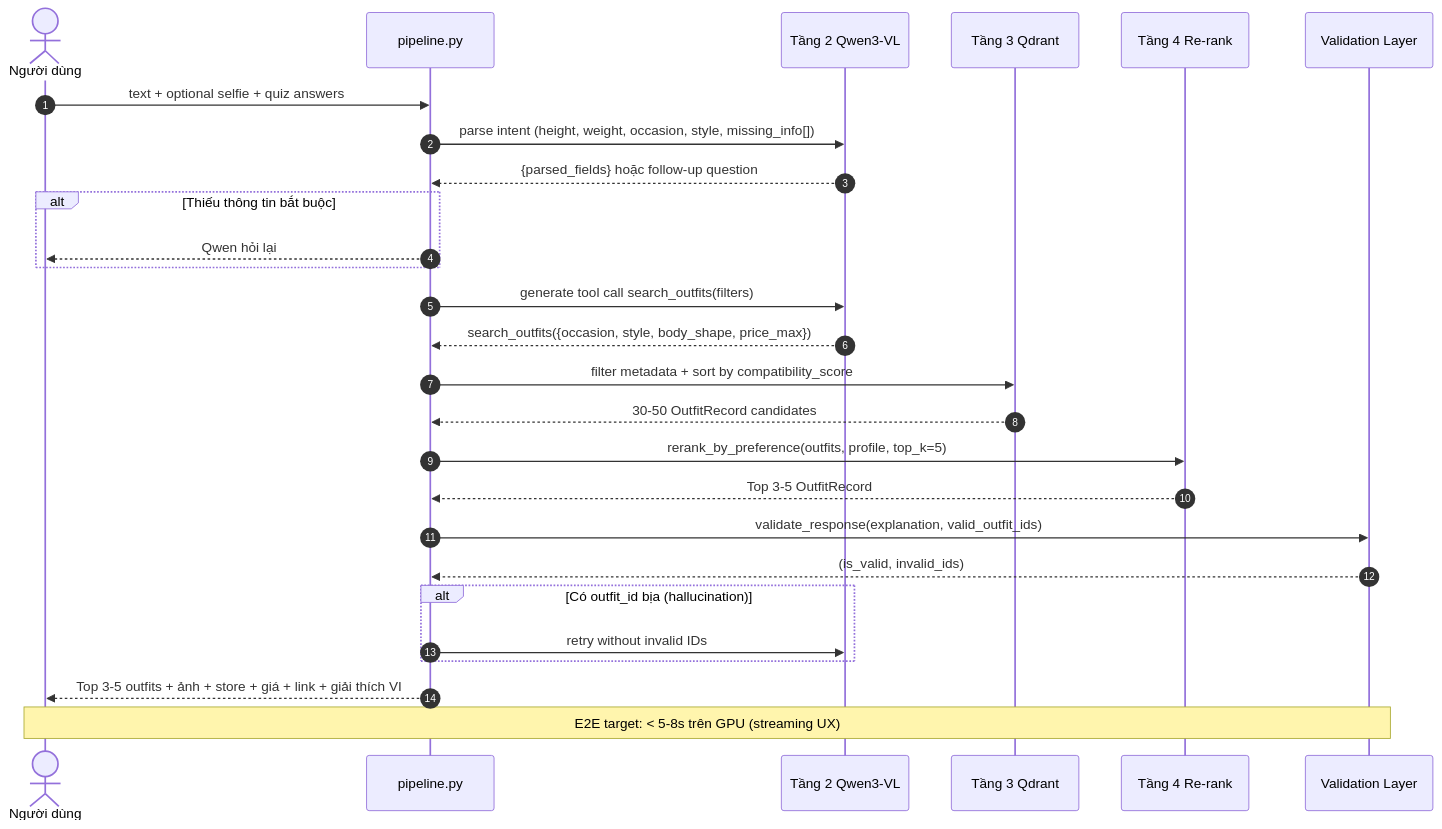
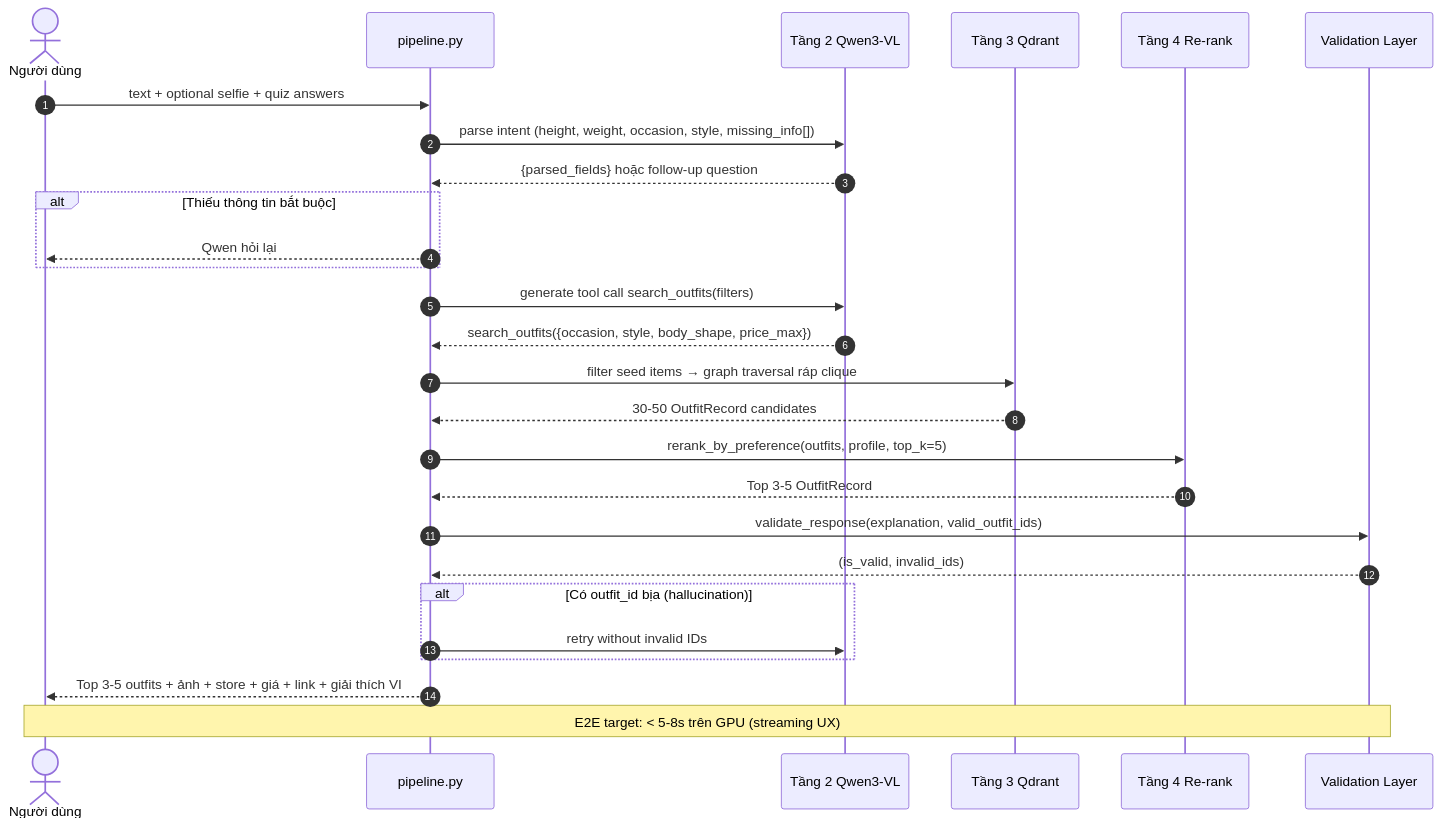
Before and after one commit to Lendo-Stylix/fashion_match: the second of 4 diagrams in docs/presentation/SO_DO_MERMAID.md, drawn with Mermaid. The commit also changed other lines of this file and 39 other files, not shown here.

Commit message:
GraphKnowledge Base

````diff
--- a/docs/presentation/SO_DO_MERMAID.md
+++ b/docs/presentation/SO_DO_MERMAID.md
@@ -65,36 +65,36 @@
 ```mermaid
 sequenceDiagram
     autonumber
     actor U as Người dùng
     participant API as pipeline.py
     participant QW as Tầng 2 Qwen3-VL
     participant QD as Tầng 3 Qdrant
     participant RR as Tầng 4 Re-rank
     participant VAL as Validation Layer
 
     U->>API: text + optional selfie + quiz answers
     API->>QW: parse intent (height, weight, occasion, style, missing_info[])
     QW-->>API: {parsed_fields} hoặc follow-up question
 
     alt Thiếu thông tin bắt buộc
         API-->>U: Qwen hỏi lại
     end
 
     API->>QW: generate tool call search_outfits(filters)
     QW-->>API: search_outfits({occasion, style, body_shape, price_max})
-    API->>QD: filter metadata + sort by compatibility_score
+    API->>QD: filter seed items → graph traversal ráp clique
     QD-->>API: 30-50 OutfitRecord candidates
 
     API->>RR: rerank_by_preference(outfits, profile, top_k=5)
     RR-->>API: Top 3-5 OutfitRecord
 
     API->>VAL: validate_response(explanation, valid_outfit_ids)
     VAL-->>API: (is_valid, invalid_ids)
 
     alt Có outfit_id bịa (hallucination)
         API->>QW: retry without invalid IDs
     end
 
     API-->>U: Top 3-5 outfits + ảnh + store + giá + link + giải thích VI
     Note over U,VAL: E2E target: < 5-8s trên GPU (streaming UX)
 ```
````
